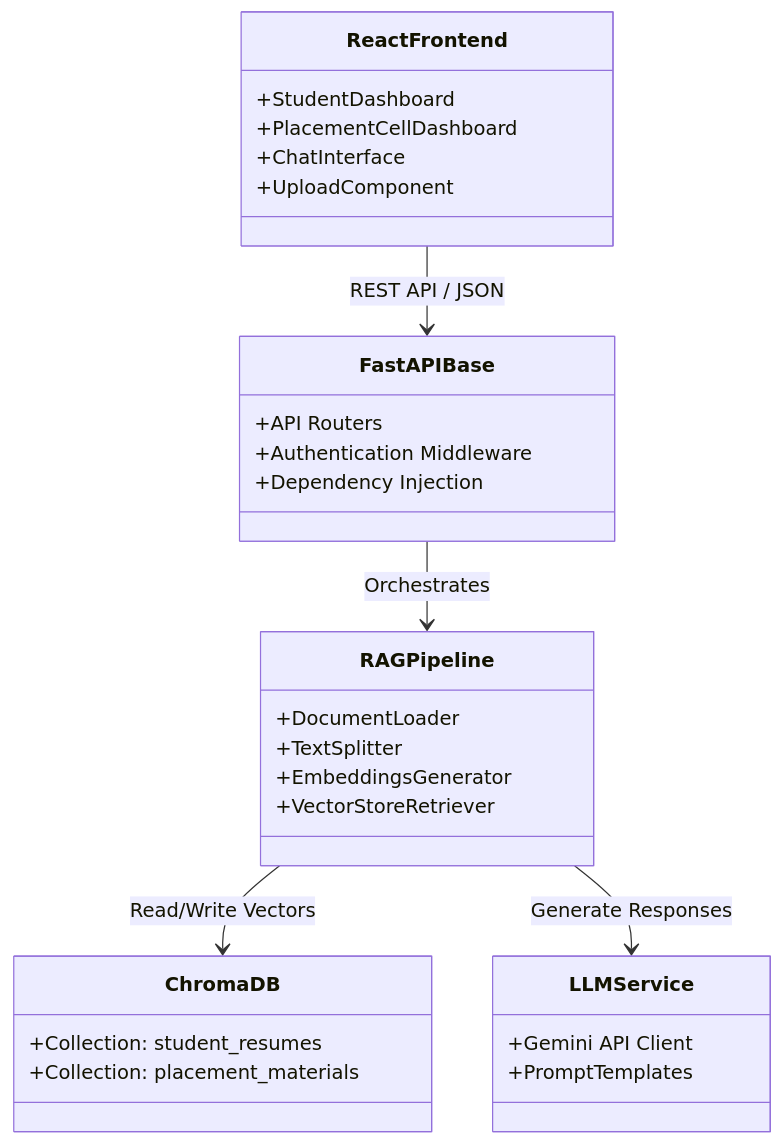
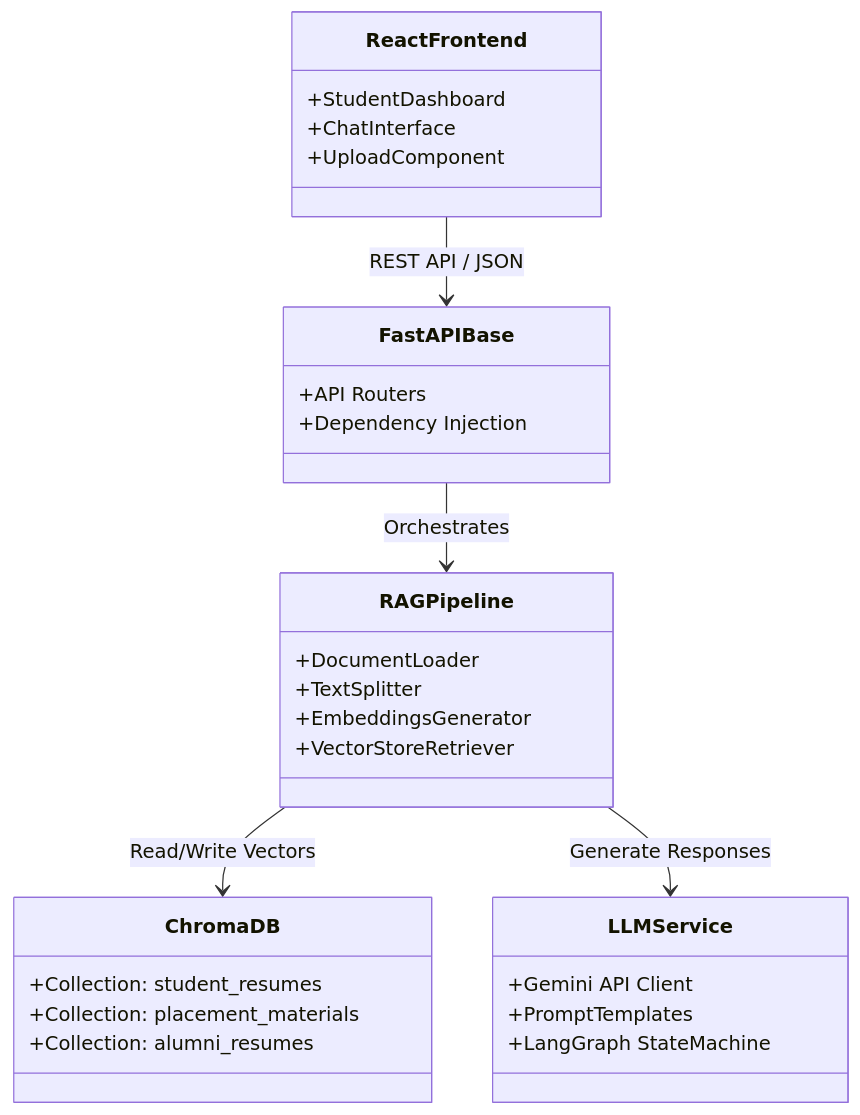
Before and after one commit to Mounikaishu/RAG_play_ground: the sixth of 7 diagrams in README.md, drawn with Mermaid. The commit also changed other lines of this file and 28 other files, not shown here.

````diff
--- a/README.md
+++ b/README.md
@@ -169,37 +137,37 @@
 ```mermaid
 classDiagram
     class ReactFrontend {
         +StudentDashboard
-        +PlacementCellDashboard
         +ChatInterface
         +UploadComponent
     }
     
     class FastAPIBase {
         +API Routers
-        +Authentication Middleware
         +Dependency Injection
     }
     
     class RAGPipeline {
         +DocumentLoader
         +TextSplitter
         +EmbeddingsGenerator
         +VectorStoreRetriever
     }
     
     class ChromaDB {
         +Collection: student_resumes
         +Collection: placement_materials
+        +Collection: alumni_resumes
     }
     
     class LLMService {
         +Gemini API Client
         +PromptTemplates
+        +LangGraph StateMachine
     }
 
     ReactFrontend --> FastAPIBase : REST API / JSON
     FastAPIBase --> RAGPipeline : Orchestrates
     RAGPipeline --> ChromaDB : Read/Write Vectors
     RAGPipeline --> LLMService : Generate Responses
 ```
````
